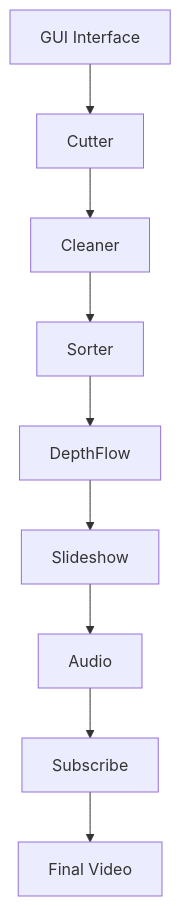
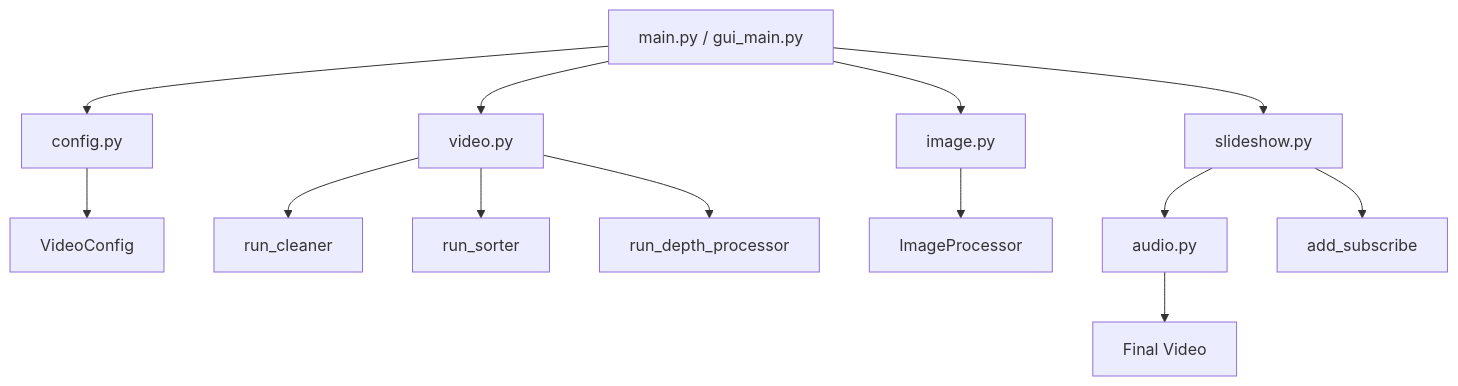
Before and after one commit to aproxis/VideoCutter: the first of 3 diagrams in memory-bank/systemPatterns.md, drawn with Mermaid. The commit also changed other lines of this file and 9 other files, not shown here.

````diff
--- a/memory-bank/systemPatterns.md
+++ b/memory-bank/systemPatterns.md
@@ -7,11 +7,20 @@
 ```mermaid
 graph TD
-    GUI[GUI Interface] --> Cutter
-    Cutter[Cutter] --> Cleaner
-    Cleaner[Cleaner] --> Sorter
-    Sorter[Sorter] --> DepthFlow
-    DepthFlow[DepthFlow] --> Slideshow
-    Slideshow[Slideshow] --> Audio
-    Audio[Audio] --> Subscribe
-    Subscribe[Subscribe] --> FinalVideo[Final Video]
+    Main[main.py / gui_main.py] --> Config[config.py]
+    Main --> Video[video.py]
+    Main --> Image[image.py]
+    Main --> Slideshow[slideshow.py]
+    
+    Config --> VideoConfig[VideoConfig]
+    
+    Video --> Cleaner[run_cleaner]
+    Video --> Sorter[run_sorter]
+    Video --> DepthFlow[run_depth_processor]
+    
+    Image --> ImageProcessor[ImageProcessor]
+    
+    Slideshow --> Audio[audio.py]
+    Slideshow --> Subscribe[add_subscribe]
+    
+    Audio --> FinalVideo[Final Video]
 ```
````
